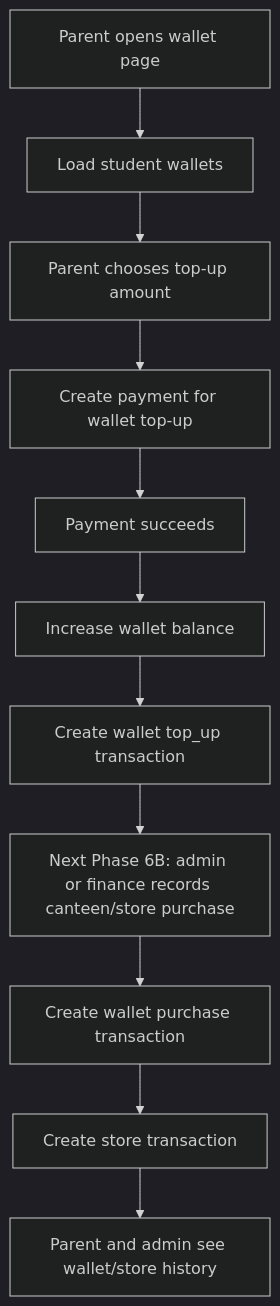
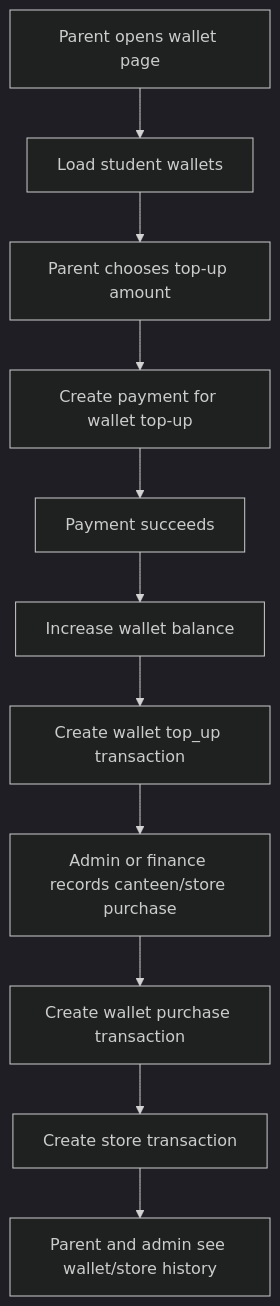
One commit to Xeyn19/xmetapay changed the seventh of 7 diagrams in docs/DATABASE_SCHEMA_PLAN.md. Above: the diagram before and after it, drawn with Mermaid (dark theme). The commit also changed other lines of this file and 14 other files, not shown here.

````diff
--- a/docs/DATABASE_SCHEMA_PLAN.md
+++ b/docs/DATABASE_SCHEMA_PLAN.md
@@ -679,13 +679,13 @@
 ```mermaid
 flowchart TD
   A["Parent opens wallet page"] --> B["Load student wallets"]
   B --> C["Parent chooses top-up amount"]
   C --> D["Create payment for wallet top-up"]
   D --> E["Payment succeeds"]
   E --> F["Increase wallet balance"]
   F --> G["Create wallet top_up transaction"]
-  G --> H["Next Phase 6B: admin or finance records canteen/store purchase"]
+  G --> H["Admin or finance records canteen/store purchase"]
   H --> I["Create wallet purchase transaction"]
   I --> J["Create store transaction"]
   J --> K["Parent and admin see wallet/store history"]
 ```
````
